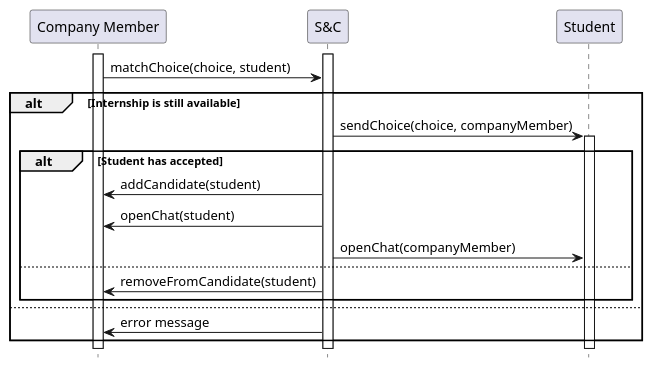
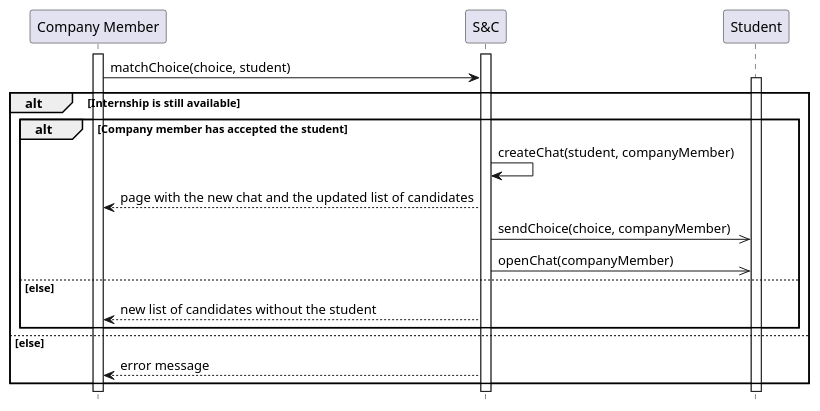
The diagram in RASD/Specific_requirements/uml_diagrams/UC17_diagram.puml (matti8702/R_and_DD_project_SE2), drawn with PlantUML before and after one commit. The commit also changed 12 other files, not shown here.

```diff
--- a/RASD/Specific_requirements/uml_diagrams/UC17_diagram.puml
+++ b/RASD/Specific_requirements/uml_diagrams/UC17_diagram.puml
@@ -1,24 +1,24 @@
 @startuml UC17_diagram
 hide footbox
 
 participant "Company Member" as CM
 participant "S&C" AS S
 participant "Student" as ST
 
 activate CM
 activate S
 CM -> S: matchChoice(choice, student)
 alt Internship is still available
-    S -> ST : sendChoice(choice, companyMember)
     activate ST
-    alt Student has accepted
-        S -> CM : addCandidate(student)
-        S -> CM : openChat(student)
-        S -> ST : openChat(companyMember)
-    else 
-        S -> CM : removeFromCandidate(student)
+    alt Company member has accepted the student
+        S -> S  : createChat(student, companyMember)
+        S --> CM : page with the new chat and the updated list of candidates
+        S ->> ST : sendChoice(choice, companyMember)
+        S ->> ST : openChat(companyMember)
+    else else
+        S --> CM : new list of candidates without the student
     end
-else 
-    S -> CM: error message
+else else
+    S --> CM: error message
 end
 @enduml
```
